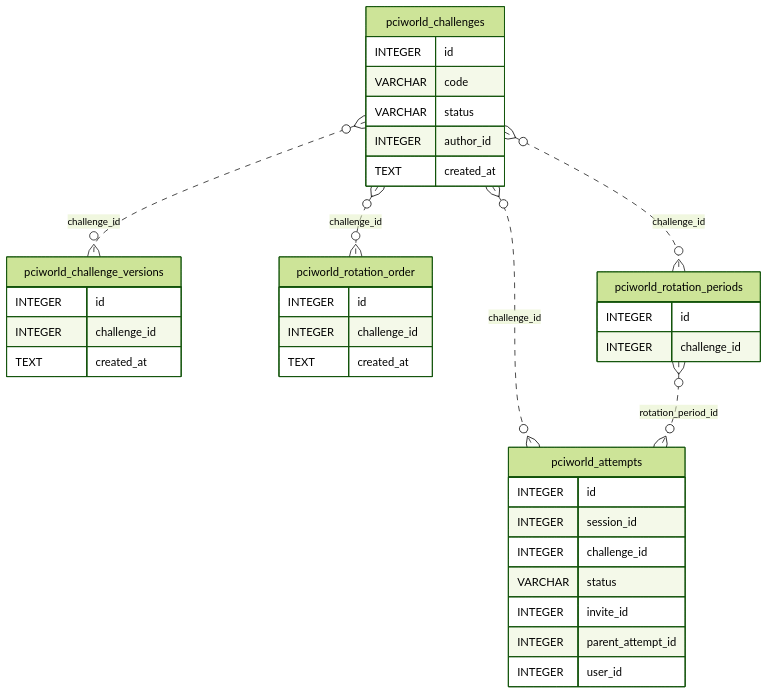
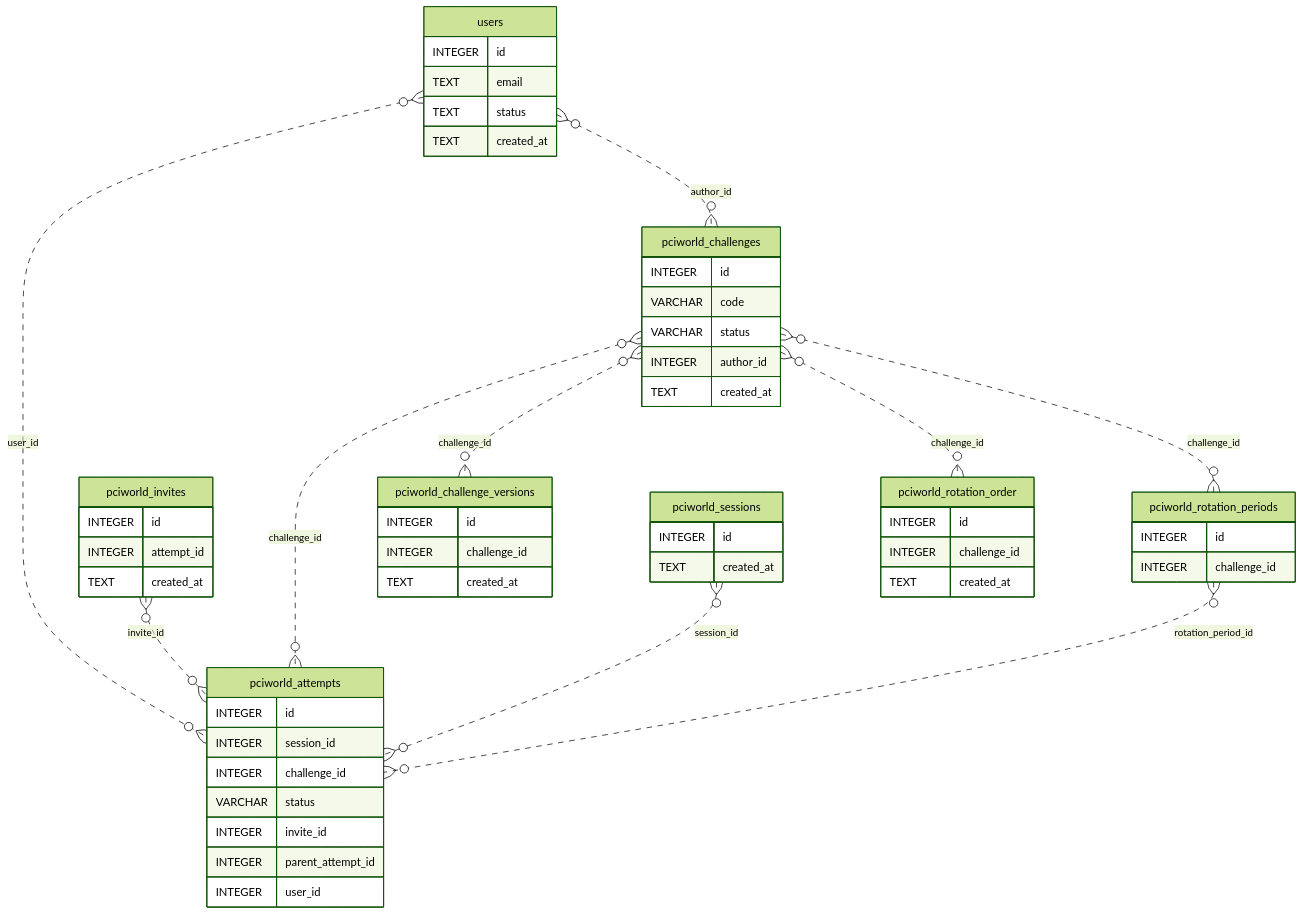
One commit to hariswahidkhan-star/PCI changed the sixth of 17 diagrams in docs/PCI_DATABASE_ERD.md. Above: the diagram before and after it, drawn with Mermaid (forest theme). The commit also changed other lines of this file and 2 other files, not shown here.

````diff
--- a/docs/PCI_DATABASE_ERD.md
+++ b/docs/PCI_DATABASE_ERD.md
@@ -225,38 +347,57 @@
 ```mermaid
 erDiagram
     pciworld_attempts {
         INTEGER id
         INTEGER session_id
         INTEGER challenge_id
         VARCHAR status
         INTEGER invite_id
         INTEGER parent_attempt_id
         INTEGER user_id
     }
     pciworld_challenge_versions {
         INTEGER id
         INTEGER challenge_id
         TEXT created_at
     }
     pciworld_challenges {
         INTEGER id
         VARCHAR code
         VARCHAR status
         INTEGER author_id
         TEXT created_at
     }
+    pciworld_invites {
+        INTEGER id
+        INTEGER attempt_id
+        TEXT created_at
+    }
     pciworld_rotation_order {
         INTEGER id
         INTEGER challenge_id
         TEXT created_at
     }
     pciworld_rotation_periods {
         INTEGER id
         INTEGER challenge_id
     }
+    pciworld_sessions {
+        INTEGER id
+        TEXT created_at
+    }
+    users {
+        INTEGER id
+        TEXT email
+        TEXT status
+        TEXT created_at
+    }
+    pciworld_sessions }o..o{ pciworld_attempts : "session_id"
     pciworld_challenges }o..o{ pciworld_attempts : "challenge_id"
+    pciworld_invites }o..o{ pciworld_attempts : "invite_id"
+    users }o..o{ pciworld_attempts : "user_id"
     pciworld_rotation_periods }o..o{ pciworld_attempts : "rotation_period_id"
     pciworld_challenges }o..o{ pciworld_challenge_versions : "challenge_id"
+    users }o..o{ pciworld_challenges : "author_id"
     pciworld_challenges }o..o{ pciworld_rotation_order : "challenge_id"
     pciworld_challenges }o..o{ pciworld_rotation_periods : "challenge_id"
 ```
````
